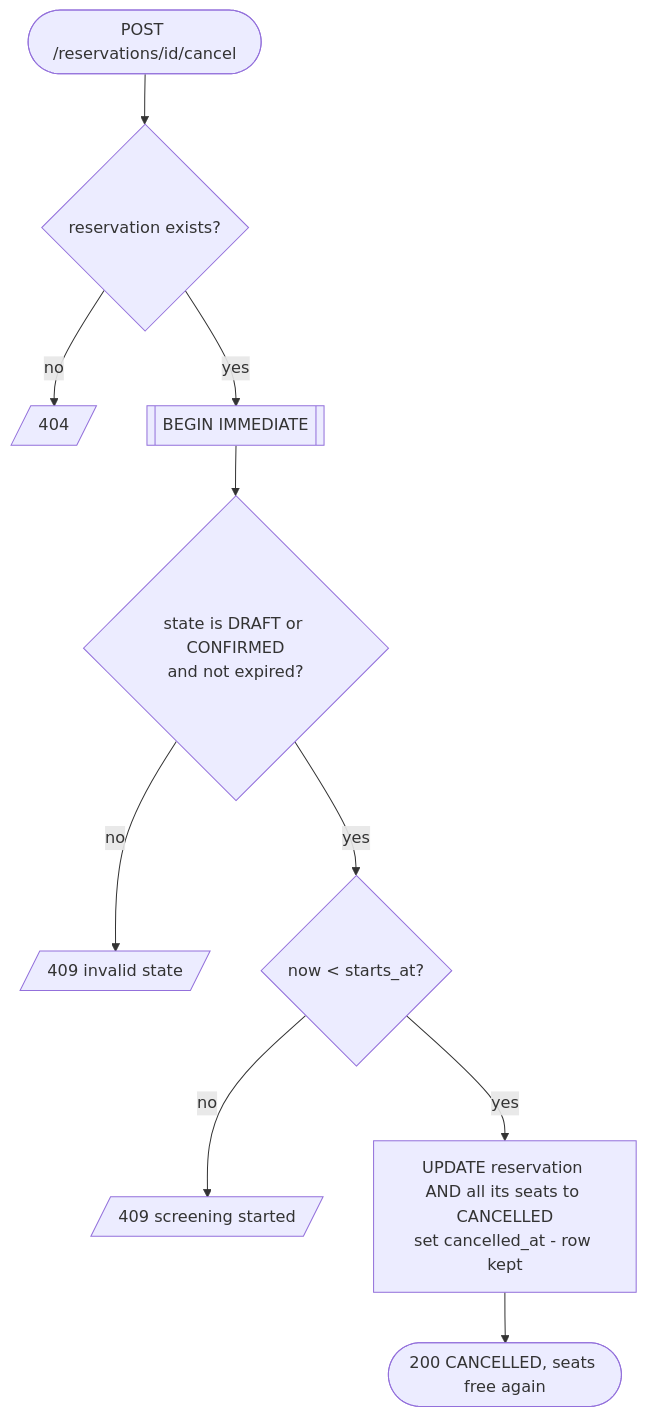
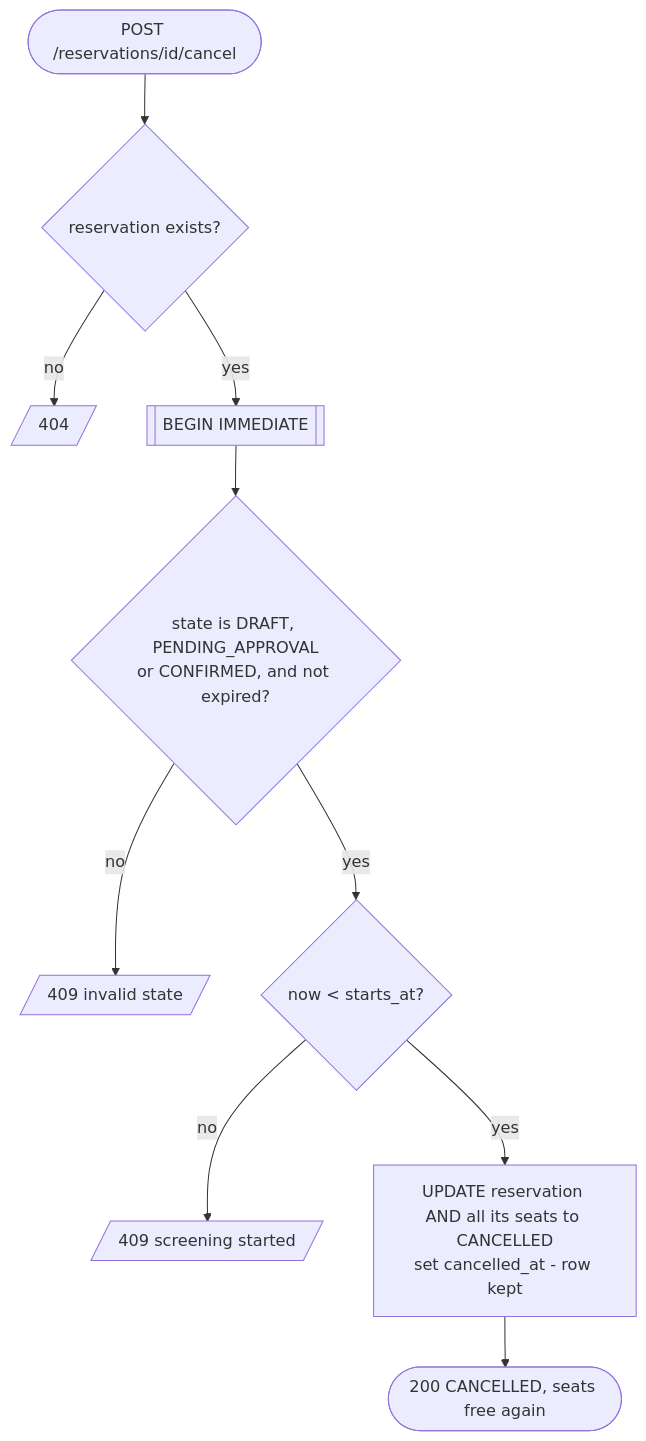
One commit to SerpentSide/SWI_Projekt changed the sixth of 7 diagrams in docs/diagrams.md. Above: the diagram before and after it, drawn with Mermaid. The commit also changed other lines of this file and 5 other files, not shown here.

First line of the commit message:
C02: baseline v0.2 - approval before confirmation (spec, impact analysis, diagrams)

````diff
--- a/docs/diagrams.md
+++ b/docs/diagrams.md
@@ -141,12 +168,12 @@
 ```mermaid
 flowchart TD
     start([POST /reservations/id/cancel]) --> r{reservation exists?}
     r -- no --> e404[/404/]
     r -- yes --> tx[[BEGIN IMMEDIATE]]
-    tx --> d{state is DRAFT or CONFIRMED<br/>and not expired?}
+    tx --> d{state is DRAFT, PENDING_APPROVAL<br/>or CONFIRMED, and not expired?}
     d -- no --> e409a[/409 invalid state/]
     d -- yes --> t{now < starts_at?}
     t -- no --> e409b[/409 screening started/]
     t -- yes --> upd[UPDATE reservation AND all its seats to CANCELLED<br/>set cancelled_at - row kept]
     upd --> ok([200 CANCELLED, seats free again])
 ```
````
